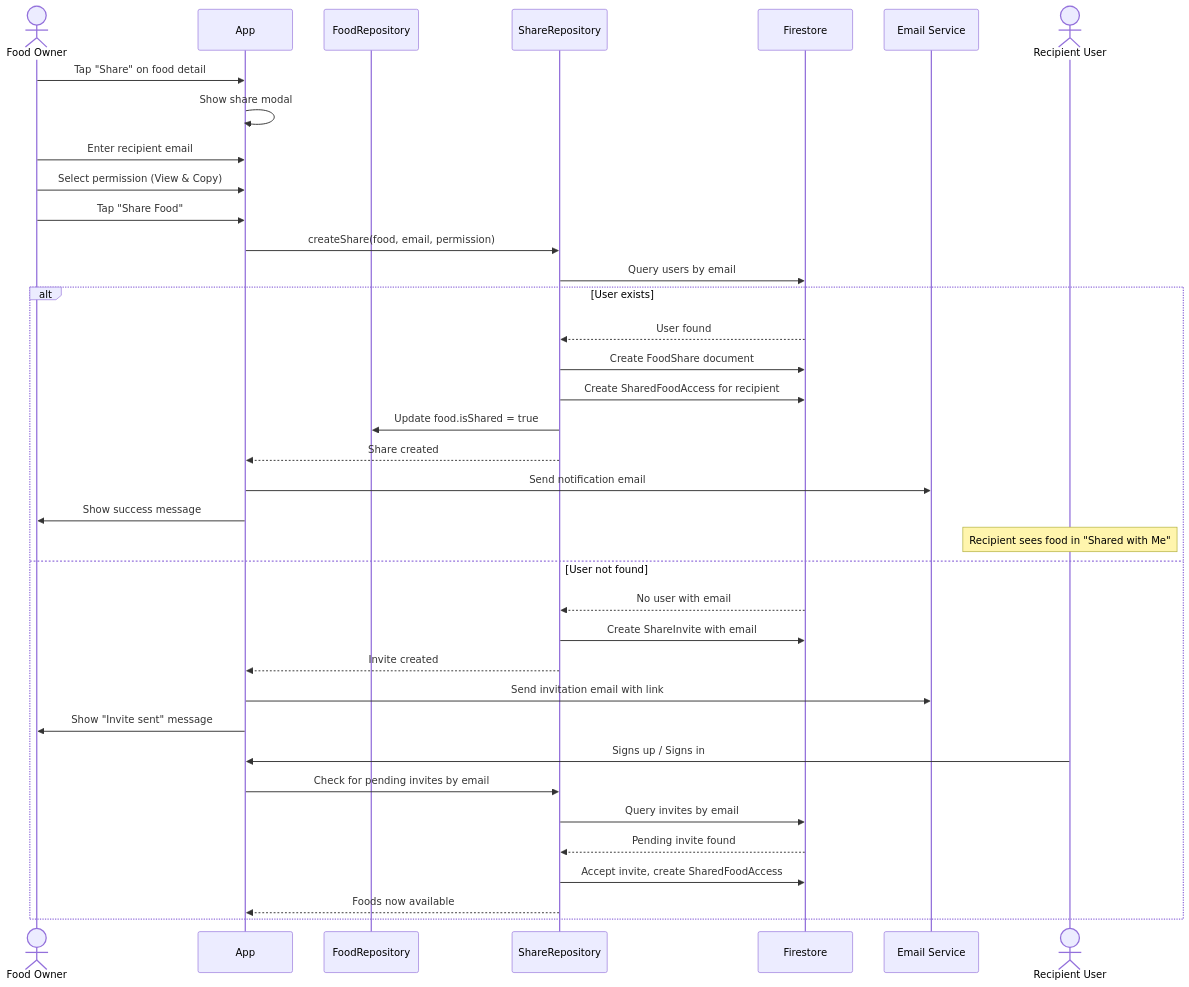
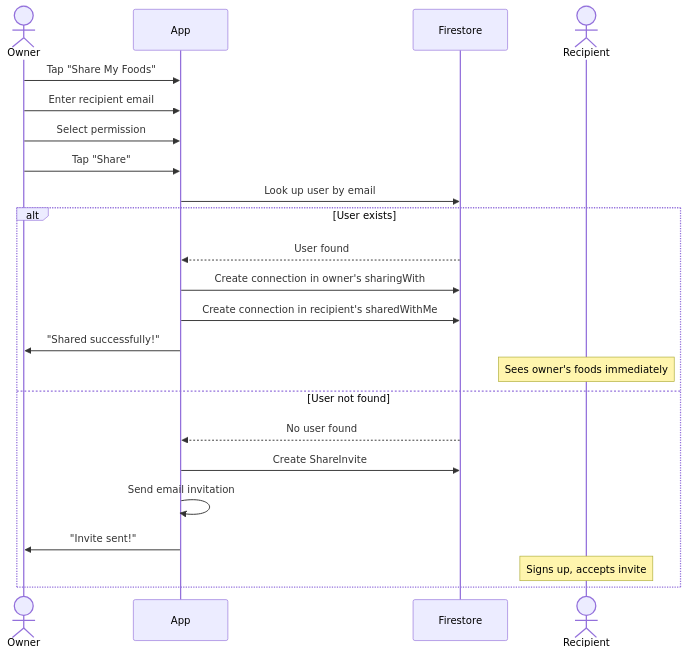
One commit to TimothyYao/meal-planning changed the first of 4 diagrams in doc/food-sharing-design.md. Above: the diagram before and after it, drawn with Mermaid. The commit also changed other lines of this file and 4 other files, not shown here.

First line of the commit message:
Simplify food sharing design to share entire food library

````diff
--- a/doc/food-sharing-design.md
+++ b/doc/food-sharing-design.md
@@ -347,48 +273,28 @@
 ```mermaid
 sequenceDiagram
-    actor Owner as Food Owner
+    actor Owner as Owner
     participant App as App
-    participant FoodRepo as FoodRepository
-    participant ShareRepo as ShareRepository
     participant FS as Firestore
-    participant Email as Email Service
-    actor Recipient as Recipient User
+    actor Recipient as Recipient
+
+    Owner->>App: Tap "Share My Foods"
+    Owner->>App: Enter recipient email
+    Owner->>App: Select permission
+    Owner->>App: Tap "Share"
     
-    Owner->>App: Tap "Share" on food detail
-    App->>App: Show share modal
-    
-    Owner->>App: Enter recipient email
-    Owner->>App: Select permission (View & Copy)
-    Owner->>App: Tap "Share Food"
-    
-    App->>ShareRepo: createShare(food, email, permission)
-    
-    ShareRepo->>FS: Query users by email
+    App->>FS: Look up user by email
     
     alt User exists
-        FS-->>ShareRepo: User found
-        ShareRepo->>FS: Create FoodShare document
-        ShareRepo->>FS: Create SharedFoodAccess for recipient
-        ShareRepo->>FoodRepo: Update food.isShared = true
-        ShareRepo-->>App: Share created
-        
-        App->>Email: Send notification email
-        App->>Owner: Show success message
-        
-        Note over Recipient: Recipient sees food in "Shared with Me"
+        FS-->>App: User found
+        App->>FS: Create connection in owner's sharingWith
+        App->>FS: Create connection in recipient's sharedWithMe
+        App->>Owner: "Shared successfully!"
+        Note over Recipient: Sees owner's foods immediately
     else User not found
-        FS-->>ShareRepo: No user with email
-        ShareRepo->>FS: Create ShareInvite with email
-        ShareRepo-->>App: Invite created
-        
-        App->>Email: Send invitation email with link
-        App->>Owner: Show "Invite sent" message
-        
-        Recipient->>App: Signs up / Signs in
-        App->>ShareRepo: Check for pending invites by email
-        ShareRepo->>FS: Query invites by email
-        FS-->>ShareRepo: Pending invite found
-        ShareRepo->>FS: Accept invite, create SharedFoodAccess
-        ShareRepo-->>App: Foods now available
+        FS-->>App: No user found
+        App->>FS: Create ShareInvite
+        App->>App: Send email invitation
+        App->>Owner: "Invite sent!"
+        Note over Recipient: Signs up, accepts invite
     end
 ```
````
